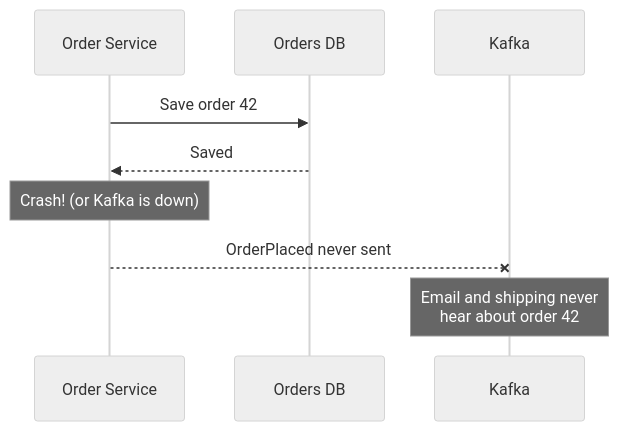
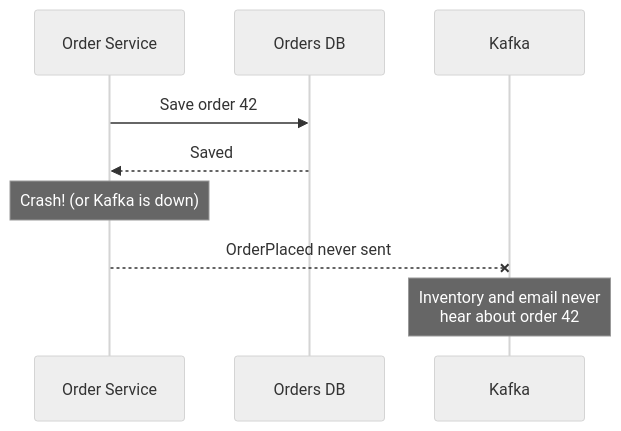
One commit to iamrs77/interview-ready changed the first of 3 diagrams in content/system-design/distributed-systems/outbox-pattern.mdx. Above: the diagram before and after it, drawn with Mermaid (neutral theme). The commit also changed other lines of this file and 132 other files, not shown here.

````diff
--- a/content/system-design/distributed-systems/outbox-pattern.mdx
+++ b/content/system-design/distributed-systems/outbox-pattern.mdx
@@ -31,11 +31,11 @@
 ```mermaid
 sequenceDiagram
   participant S as Order Service
   participant DB as Orders DB
   participant K as Kafka
   S->>DB: Save order 42
   DB-->>S: Saved
   Note over S: Crash! (or Kafka is down)
   S--xK: OrderPlaced never sent
-  Note over K: Email and shipping never<br/>hear about order 42
+  Note over K: Inventory and email never<br/>hear about order 42
 ```
````
